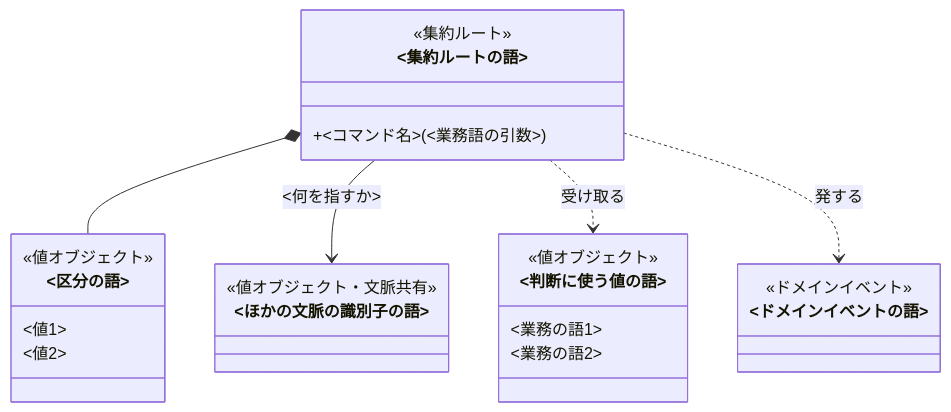
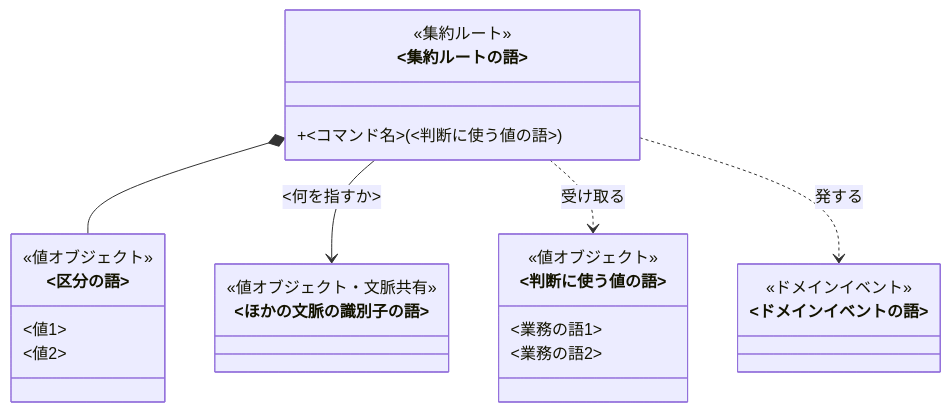
Before and after one commit to nakamori-naoya/write-doc-plugins: the first of 2 diagrams in plugins/write-doc/skills/write-doc/assets/templates/domain-model.md, drawn with Mermaid. The commit also changed other lines of this file and 1 other file, not shown here.

First line of the commit message:
fix(domain-model): 受け付けない状態の拒む理由を書かせ、コマンドの節から図の言い直しを外す（R1-02〜05）

````diff
--- a/plugins/write-doc/skills/write-doc/assets/templates/domain-model.md
+++ b/plugins/write-doc/skills/write-doc/assets/templates/domain-model.md
@@ -20,34 +20,35 @@
 ```mermaid
 classDiagram
     %% 種別は <<集約ルート>> <<エンティティ>> <<値オブジェクト>> <<ドメインイベント>> のどれか一つ
-    %% コマンドは集約ルートとエンティティにだけ +コマンド名(業務語の引数) で書く。判定だけの操作とフィールドは書かない
+    %% コマンドは集約ルートとエンティティにだけ +コマンド名(引数) で書く。引数は同じ図のクラスのラベルにする。判定だけの操作とフィールドは書かない
+    %% 業務の判断に使う時刻（貸出日など）は、コマンドが引数で受け取る値のクラスにする
     class Root["<集約ルートの語>"] {
         <<集約ルート>>
-        +<コマンド名>(<業務語の引数>)
+        +<コマンド名>(<判断に使う値の語>)
     }
     %% 複数の文脈で使う値は、種別に「・文脈共有」を添える
     class Shared["<ほかの文脈の識別子の語>"] {
         <<値オブジェクト・文脈共有>>
     }
     %% コマンドの成否を決める値は、それを成り立たせる業務の語を1行に1つ書く
     class Snapshot["<判断に使う値の語>"] {
         <<値オブジェクト>>
         <業務の語1>
         <業務の語2>
     }
     %% 取り得る値が限られる値は、その値を1行に1つ書く
     class Limited["<区分の語>"] {
         <<値オブジェクト>>
         <値1>
         <値2>
     }
     %% ドメインイベントは何も書かない
     class Happened["<ドメインイベントの語>"] {
         <<ドメインイベント>>
     }
     %% *-- は内側に持つ、--> は識別子で指す、..> はコマンドで受け取るか発する
     Root *-- Limited
     Root --> Shared : <何を指すか>
     Root ..> Snapshot : 受け取る
     Root ..> Happened : 発する
 ```
````
